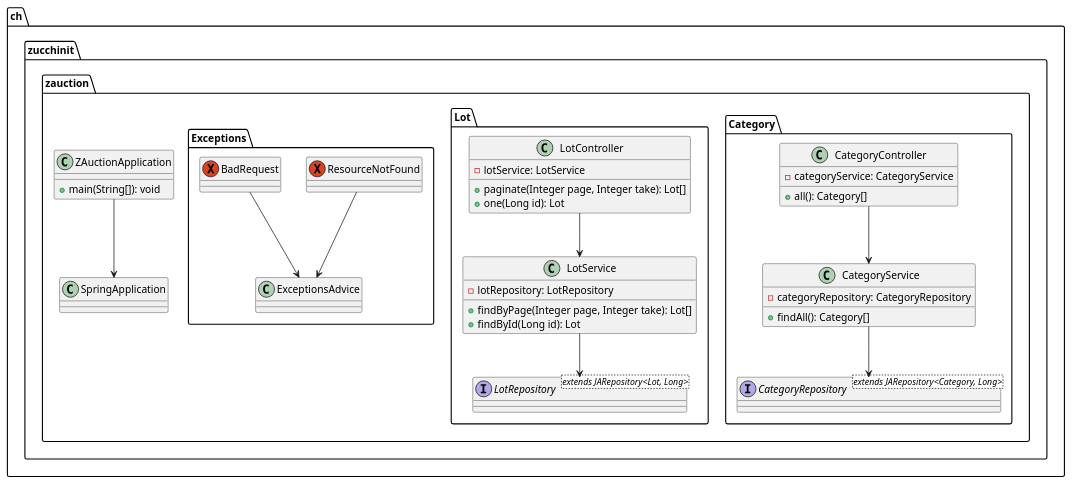
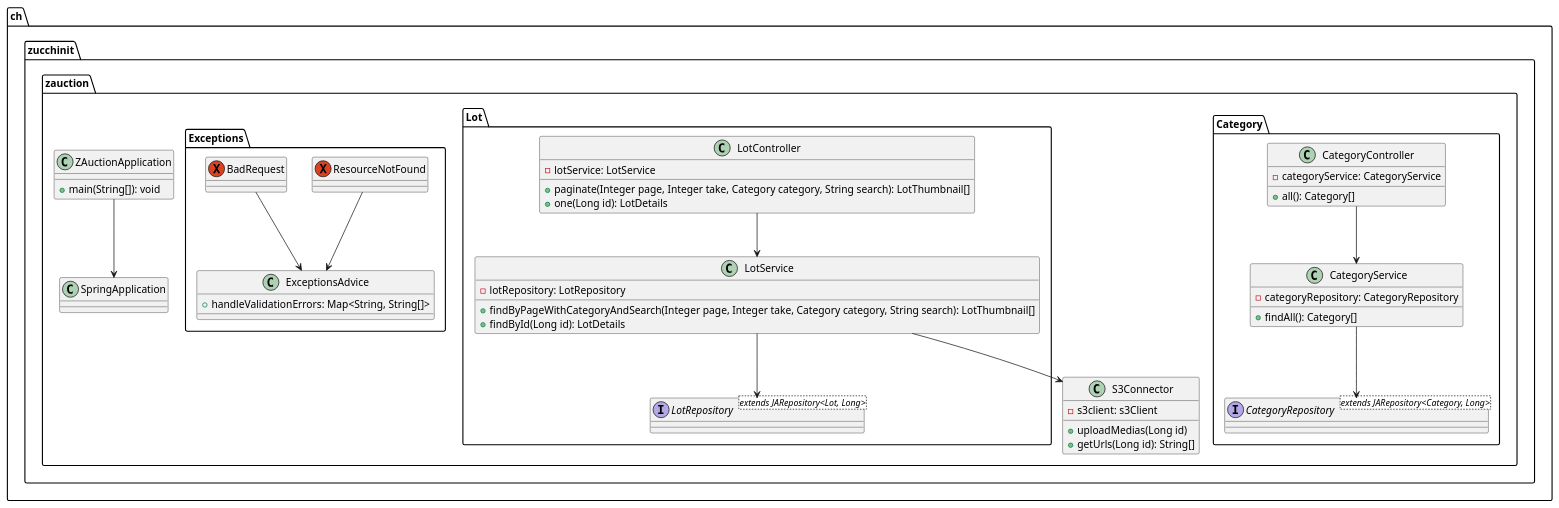
The diagram in docs/class_diagram.puml (ETML-ES-LABEFE-MANUEL-THEO/BACKEND), drawn with PlantUML before and after one commit. The commit also changed 2 other files, not shown here.

Commit message:
docs: DTOs and better diagrams

```diff
--- a/docs/class_diagram.puml
+++ b/docs/class_diagram.puml
@@ -1,52 +1,61 @@
 @startuml
 
 package ch.zucchinit.zauction {
     class SpringApplication
     class ZAuctionApplication {
         +main(String[]): void
     }
     "ZAuctionApplication" --> "SpringApplication"
 
     package Category {
         interface CategoryRepository<extends JARepository<Category, Long>>
         class CategoryController {
             -categoryService: CategoryService
             +all(): Category[]
         }
         class CategoryService {
             -categoryRepository: CategoryRepository
             +findAll(): Category[]
         }
 
         "CategoryController" --> "CategoryService"
         "CategoryService" --> "CategoryRepository"
     }
 
     package Lot {
         interface LotRepository<extends JARepository<Lot, Long>>
         class LotController {
             -lotService: LotService
-            +paginate(Integer page, Integer take): Lot[]
-            +one(Long id): Lot
+            +paginate(Integer page, Integer take, Category category, String search): LotThumbnail[]
+            +one(Long id): LotDetails
         }
         class LotService {
             -lotRepository: LotRepository
-            +findByPage(Integer page, Integer take): Lot[]
-            +findById(Long id): Lot
+            +findByPageWithCategoryAndSearch(Integer page, Integer take, Category category, String search): LotThumbnail[]
+            +findById(Long id): LotDetails
         }
 
         "LotController" --> "LotService"
         "LotService" --> "LotRepository"
     }
 
     package Exceptions {
         exception "ResourceNotFound"
         exception "BadRequest"
-        class ExceptionsAdvice
+        class ExceptionsAdvice {
+            + handleValidationErrors: Map<String, String[]>
+        }
 
         "ResourceNotFound" --> "ExceptionsAdvice"
         "BadRequest" --> "ExceptionsAdvice"
     }
+
+    class S3Connector {
+        -s3client: s3Client
+        +uploadMedias(Long id)
+        +getUrls(Long id): String[]
+    }
+    "LotService" --> "S3Connector"
 }
 
 @enduml
```
